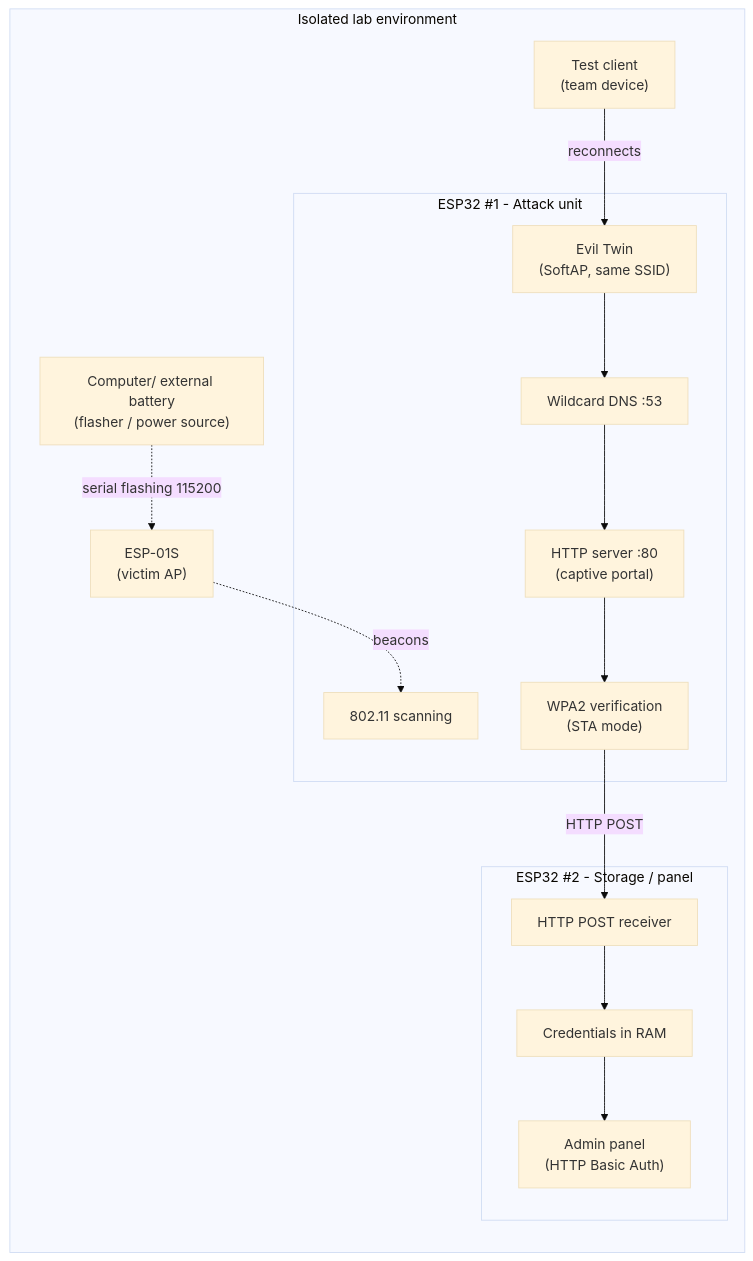
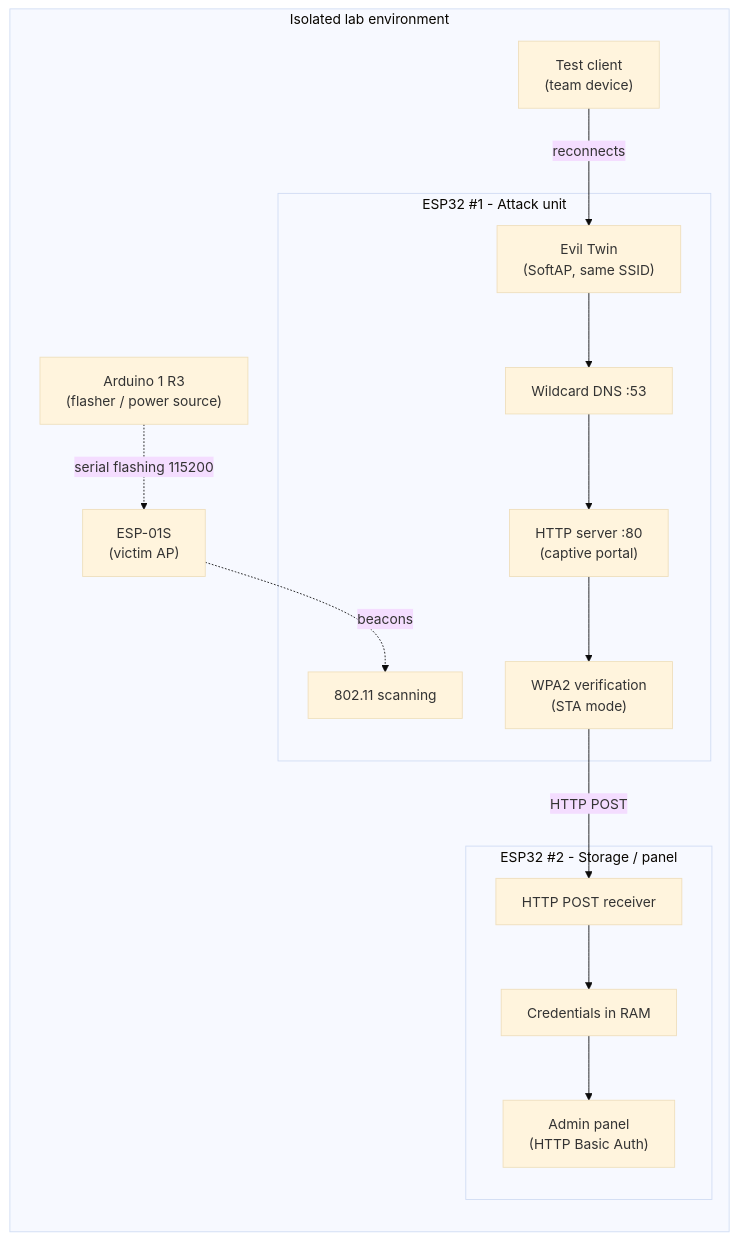
Before and after one commit to joaks07/Proyect-EvilTwin-ESP32: the diagram in README.md, drawn with Mermaid (base theme).

````diff
--- a/README.md
+++ b/README.md
@@ -93,29 +93,29 @@
 ```mermaid
 flowchart LR
     subgraph LAB["Isolated lab environment"]
         VICT["ESP-01S<br/>(victim AP)"]
-        UNO["Computer/ external battery<br/>(flasher / power source)"]
+        UNO["Arduino 1 R3<br/>(flasher / power source)"]
         UNO -. "serial flashing 115200" .-> VICT
 
         subgraph ATK["ESP32 #1 - Attack unit"]
             SCAN["802.11 scanning"]
             ET["Evil Twin<br/>(SoftAP, same SSID)"]
             DNS["Wildcard DNS :53"]
             HTTP["HTTP server :80<br/>(captive portal)"]
             VER["WPA2 verification<br/>(STA mode)"]
         end
 
         subgraph STORE["ESP32 #2 - Storage / panel"]
             RX["HTTP POST receiver"]
             RAM["Credentials in RAM"]
             PANEL["Admin panel<br/>(HTTP Basic Auth)"]
         end
 
         CLI["Test client<br/>(team device)"]
     end
 
     VICT -. "beacons" .-> SCAN
     CLI -->|"reconnects"| ET
     ET --> DNS --> HTTP --> VER
     VER -->|"HTTP POST"| RX --> RAM --> PANEL
 ```
````
